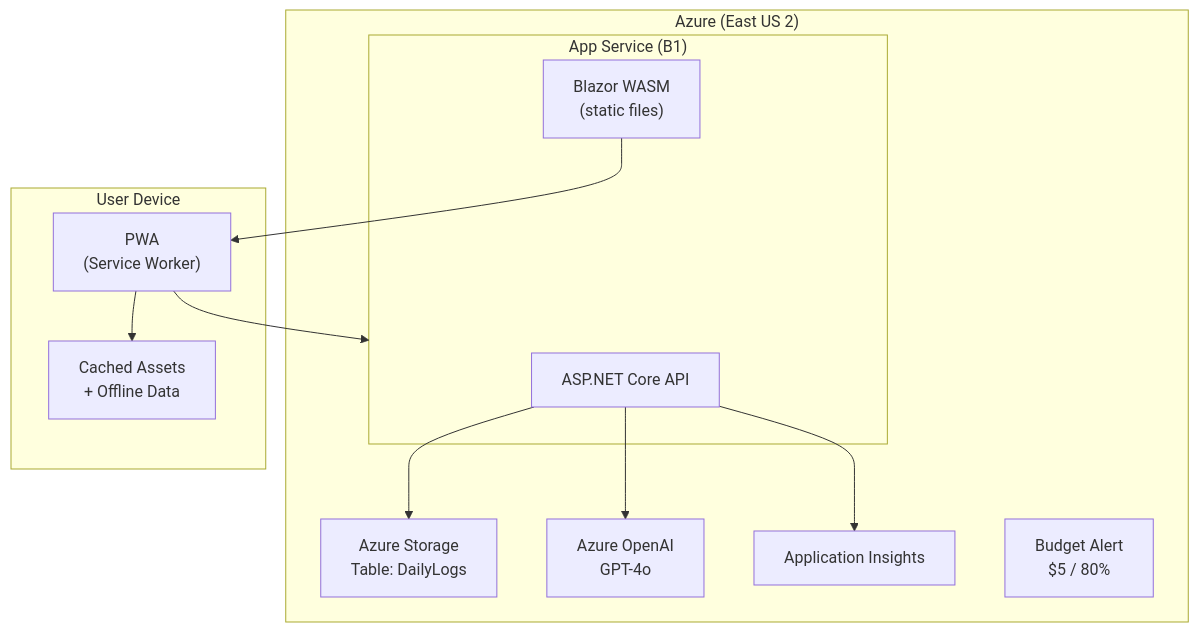
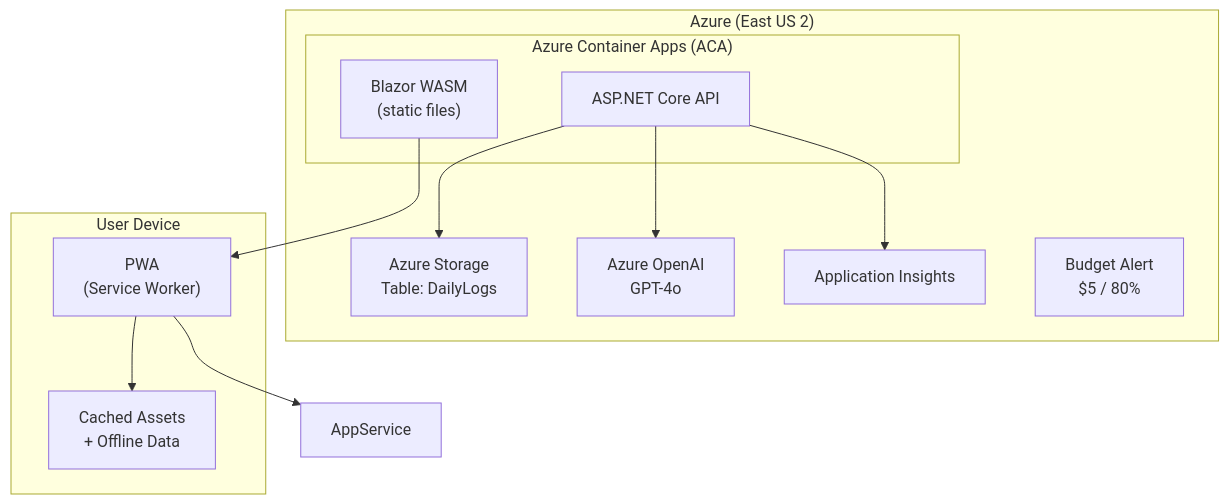
Before and after one commit to punkouter26/PoNovaWeight: the ninth of 9 diagrams in docs/architecture.md, drawn with Mermaid. The commit also changed 12 other files, not shown here.

Commit message:
chore(infra): remove App Service module; docs: switch to Azure Container Apps (ACA)

````diff
--- a/docs/architecture.md
+++ b/docs/architecture.md
@@ -280,26 +280,26 @@
 ```mermaid
 graph TB
     subgraph Azure["Azure (East US 2)"]
-        subgraph AppService["App Service (B1)"]
+        subgraph ContainerApps["Azure Container Apps (ACA)"]
             API["ASP.NET Core API"]
             Blazor["Blazor WASM<br/>(static files)"]
         end
 
         Storage["Azure Storage<br/>Table: DailyLogs"]
         OpenAI["Azure OpenAI<br/>GPT-4o"]
         AppInsights["Application Insights"]
         Budget["Budget Alert<br/>$5 / 80%"]
     end
 
     subgraph Client["User Device"]
         PWA["PWA<br/>(Service Worker)"]
         Cache["Cached Assets<br/>+ Offline Data"]
     end
 
     PWA --> AppService
     API --> Storage
     API --> OpenAI
     API --> AppInsights
     Blazor --> PWA
     PWA --> Cache
 ```
````
